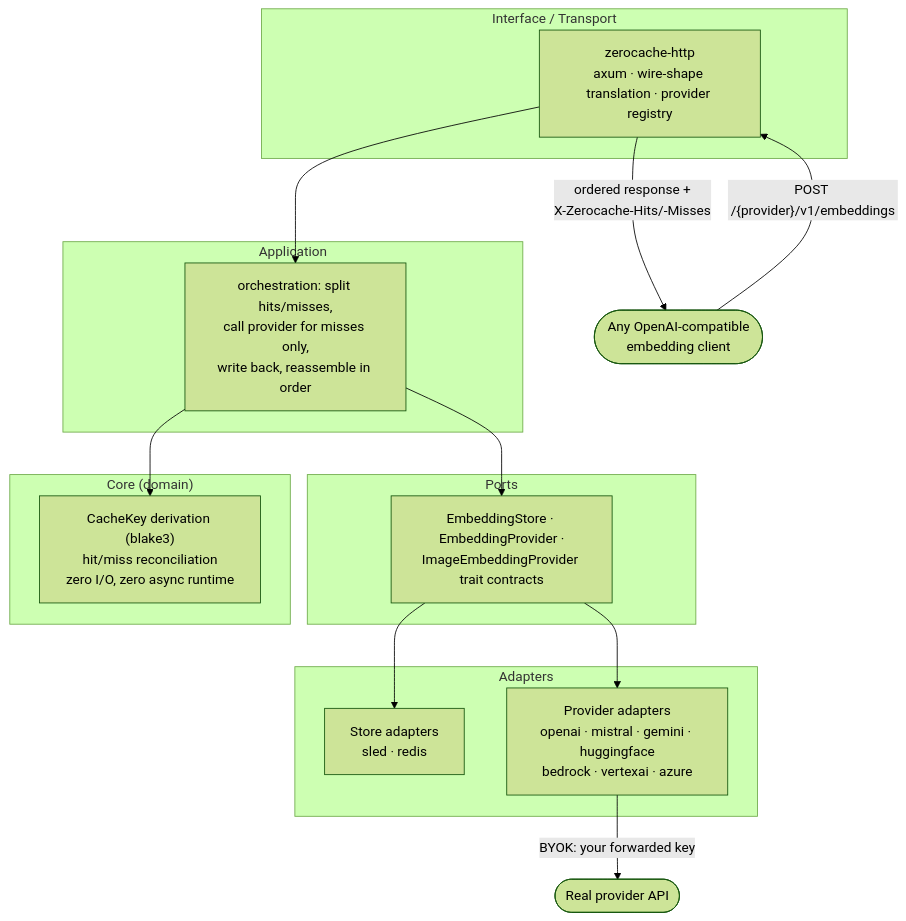
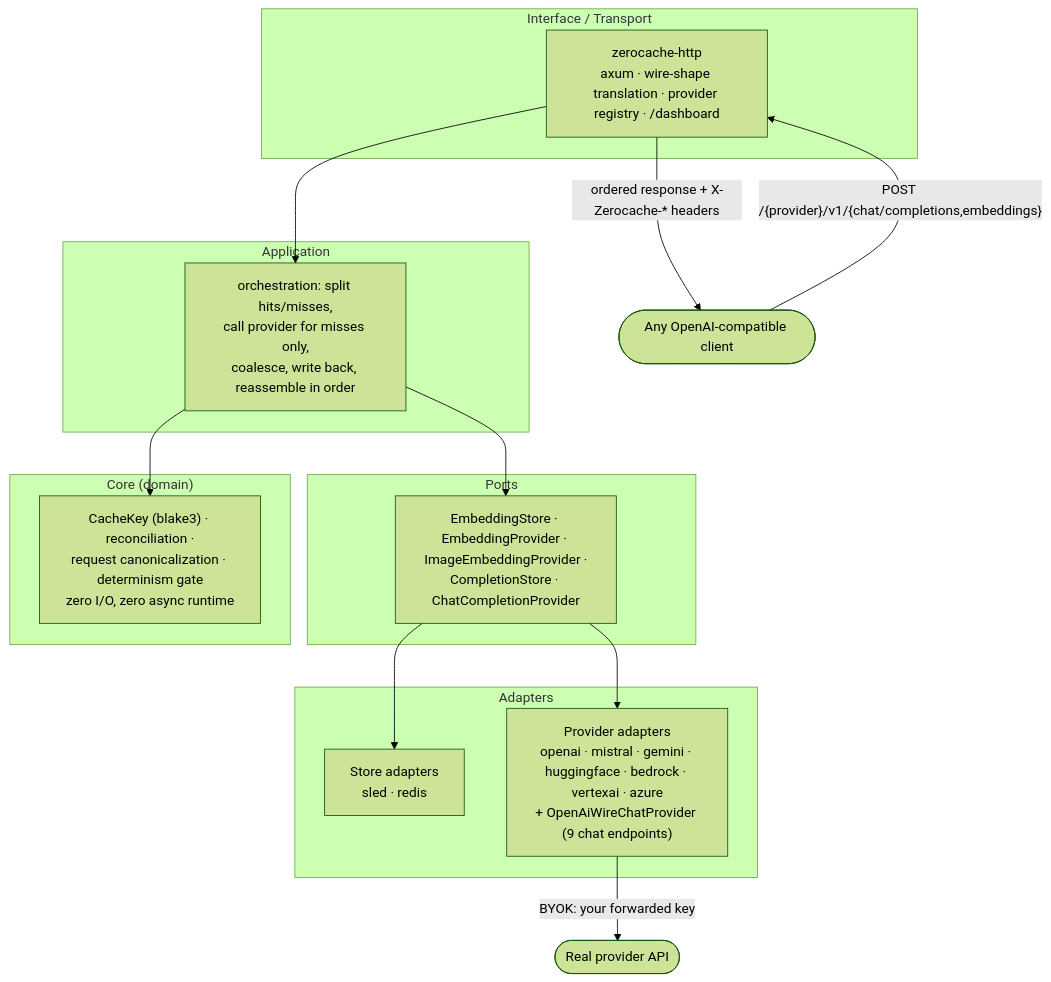
The diagram in README.md (shramanb113/ZeroCache), drawn with Mermaid (forest theme) before and after one commit. The commit also changed other lines of this file, not shown here.

First line of the commit message:
docs: reframe README as an LLM + embedding caching proxy

````diff
--- a/README.md
+++ b/README.md
@@ -68,28 +182,27 @@
 ```mermaid
 flowchart TB
     subgraph layerInterface["Interface / Transport"]
-        nodeHttp["zerocache-http<br/>axum · wire-shape translation · provider registry"]
+        nodeHttp["zerocache-http<br/>axum · wire-shape translation · provider registry · /dashboard"]
     end
     subgraph layerApplication["Application"]
-        nodeApp["orchestration: split hits/misses,<br/>call provider for misses only,<br/>write back, reassemble in order"]
+        nodeApp["orchestration: split hits/misses,<br/>call provider for misses only,<br/>coalesce, write back, reassemble in order"]
     end
     subgraph layerPorts["Ports"]
-        nodePorts["EmbeddingStore · EmbeddingProvider ·<br/>ImageEmbeddingProvider trait contracts"]
+        nodePorts["EmbeddingStore · EmbeddingProvider · ImageEmbeddingProvider ·<br/>CompletionStore · ChatCompletionProvider"]
     end
     subgraph layerAdapters["Adapters"]
         nodeStore["Store adapters<br/>sled · redis"]
-        nodeProvider["Provider adapters<br/>openai · mistral · gemini · huggingface<br/>bedrock · vertexai · azure"]
+        nodeProvider["Provider adapters<br/>openai · mistral · gemini · huggingface · bedrock · vertexai · azure<br/>+ OpenAiWireChatProvider (9 chat endpoints)"]
     end
     subgraph layerCore["Core (domain)"]
-        nodeKey["CacheKey derivation (blake3)<br/>hit/miss reconciliation<br/>zero I/O, zero async runtime"]
+        nodeKey["CacheKey (blake3) · reconciliation ·<br/>request canonicalization · determinism gate<br/>zero I/O, zero async runtime"]
     end
 
-    nodeClient(["Any OpenAI-compatible<br/>embedding client"]) -->|"POST /{provider}/v1/embeddings"| nodeHttp
-    nodeHttp --> nodeApp
-    nodeApp --> nodePorts
+    nodeClient(["Any OpenAI-compatible client"]) -->|"POST /{provider}/v1/{chat/completions,embeddings}"| nodeHttp
+    nodeHttp --> nodeApp --> nodePorts
     nodePorts --> nodeStore
     nodePorts --> nodeProvider
     nodeApp --> nodeKey
     nodeProvider -->|"BYOK: your forwarded key"| nodeUpstream(["Real provider API"])
-    nodeHttp -->|"ordered response +<br/>X-Zerocache-Hits/-Misses"| nodeClient
+    nodeHttp -->|"ordered response + X-Zerocache-* headers"| nodeClient
 ```
````
